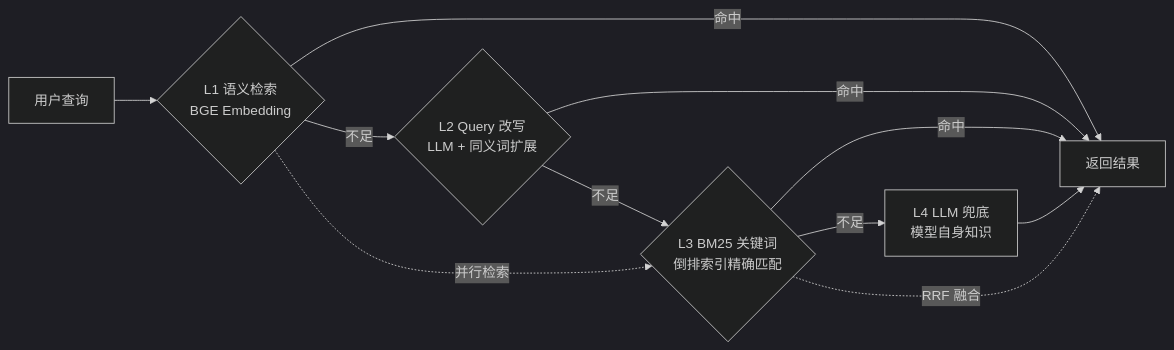
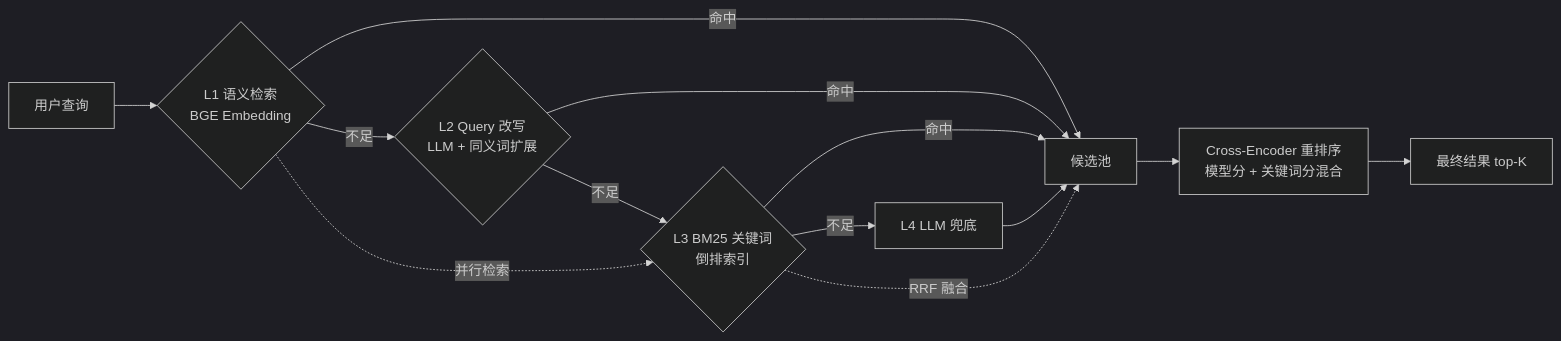
Before and after one commit to jiang436/smart-qa-agent-system: the second of 3 diagrams in README.md, drawn with Mermaid (dark theme). The commit also changed other lines of this file, not shown here.

````diff
--- a/README.md
+++ b/README.md
@@ -107,13 +109,15 @@
 ```mermaid
 flowchart LR
     Q["用户查询"] --> L1{"L1 语义检索<br/>BGE Embedding"}
-    L1 -->|"命中"| OUT["返回结果"]
+    L1 -->|"命中"| OUT["候选池"]
     L1 -->|"不足"| L2{"L2 Query 改写<br/>LLM + 同义词扩展"}
     L2 -->|"命中"| OUT
-    L2 -->|"不足"| L3{"L3 BM25 关键词<br/>倒排索引精确匹配"}
+    L2 -->|"不足"| L3{"L3 BM25 关键词<br/>倒排索引"}
     L3 -->|"命中"| OUT
-    L3 -->|"不足"| L4["L4 LLM 兜底<br/>模型自身知识"]
+    L3 -->|"不足"| L4["L4 LLM 兜底"]
     L4 --> OUT
     L1 -.->|"并行检索"| L3
     L3 -.->|"RRF 融合"| OUT
+    OUT --> CE["Cross-Encoder 重排序<br/>模型分 + 关键词分混合"]
+    CE --> FINAL["最终结果 top-K"]
 ```
````
